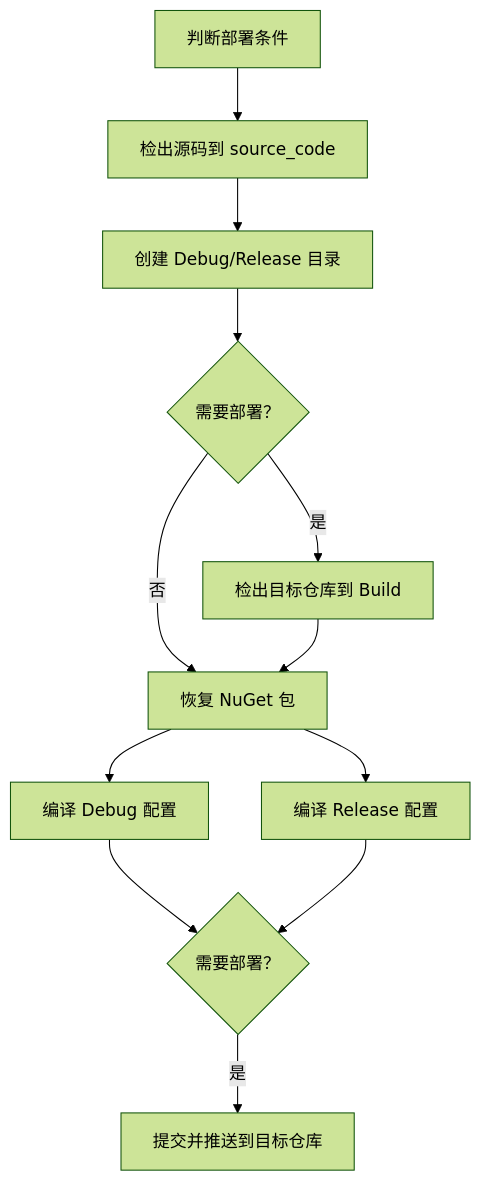
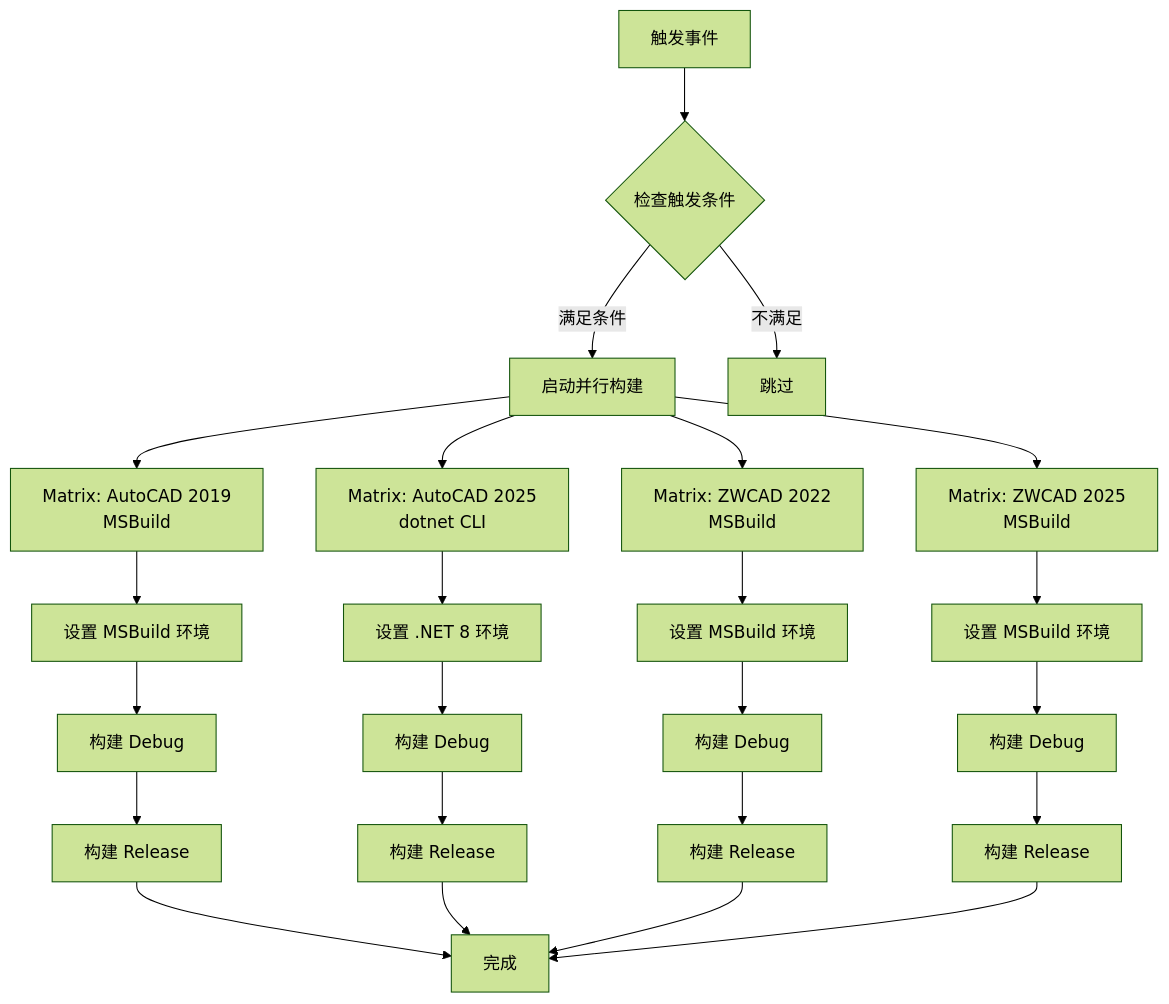
The diagram in .github/workflows/build-and-deploy.md (FsDiG/Fs.Fox.CAD), drawn with Mermaid (forest theme) before and after one commit. The commit also changed other lines of this file and 11 other files, not shown here.

````diff
--- a/.github/workflows/build-and-deploy.md
+++ b/.github/workflows/build-and-deploy.md
@@ -44,14 +71,31 @@
 ```mermaid
 graph TD
-    A[判断部署条件] --> B[检出源码到 source_code]
-    B --> C[创建 Debug/Release 目录]
-    C --> D{需要部署？}
-    D -->|是| E[检出目标仓库到 Build]
-    D -->|否| F[恢复 NuGet 包]
-    E --> F
-    F --> G[编译 Debug 配置]
-    F --> H[编译 Release 配置]
-    G --> I{需要部署？}
-    H --> I
-    I -->|是| J[提交并推送到目标仓库]
+    A[触发事件] --> B{检查触发条件}
+    B -->|满足条件| C[启动并行构建]
+    B -->|不满足| D[跳过]
+    
+    C --> E1[Matrix: AutoCAD 2019<br/>MSBuild]
+    C --> E2[Matrix: AutoCAD 2025<br/>dotnet CLI]
+    C --> E3[Matrix: ZWCAD 2022<br/>MSBuild]
+    C --> E4[Matrix: ZWCAD 2025<br/>MSBuild]
+ 
+    E1 --> F1[设置 MSBuild 环境]
+    E2 --> F2[设置 .NET 8 环境]
+    E3 --> F3[设置 MSBuild 环境]
+    E4 --> F4[设置 MSBuild 环境]
+    
+    F1 --> G1[构建 Debug]
+    F2 --> G2[构建 Debug]
+    F3 --> G3[构建 Debug]
+    F4 --> G4[构建 Debug]
+  
+    G1 --> H1[构建 Release]
+    G2 --> H2[构建 Release]
+    G3 --> H3[构建 Release]
+    G4 --> H4[构建 Release]
+    
+    H1 --> I[完成]
+    H2 --> I
+    H3 --> I
+    H4 --> I
 ```
````
